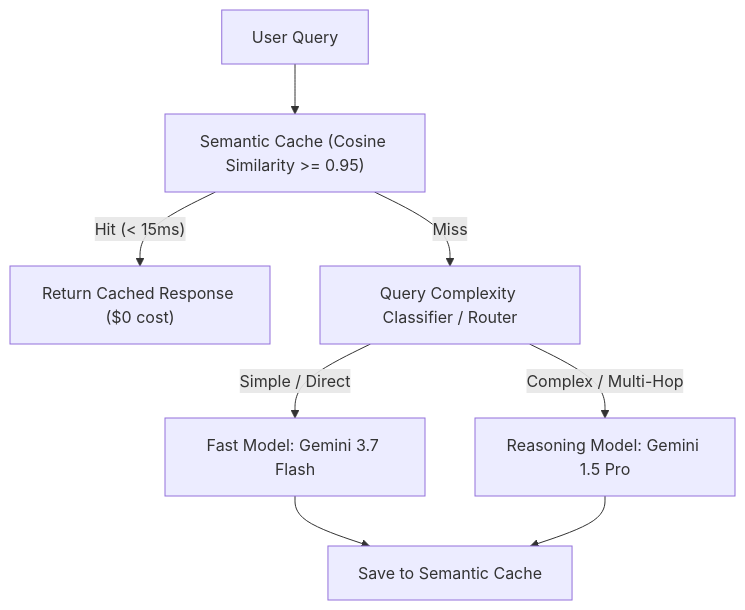
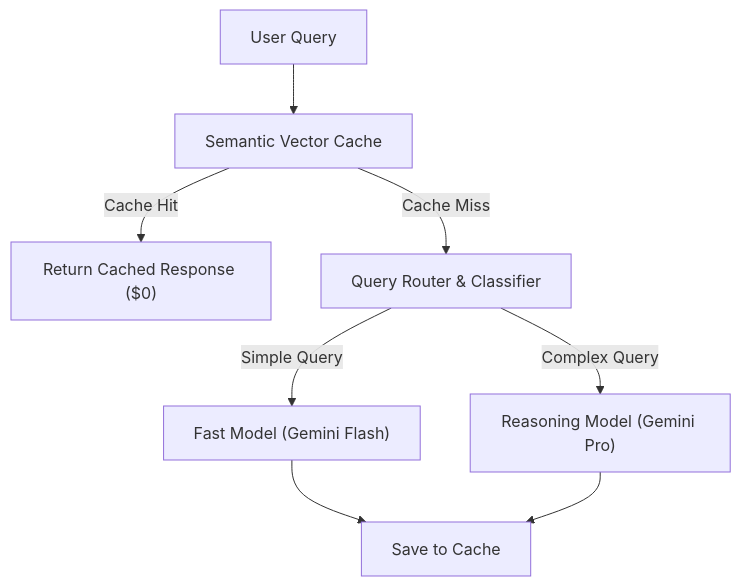
One commit to Souheil007/Rag_Full_Version changed the diagram in plans/plan4.md. Above: the diagram before and after it, drawn with Mermaid. The commit also changed 6 other files, not shown here.

Commit message:
docs: standardize all Mermaid diagrams across docs and plans to clean flowchart format

````diff
--- a/plans/plan4.md
+++ b/plans/plan4.md
@@ -10,10 +10,10 @@
 ```mermaid
 flowchart TD
-    Q["User Query"] --> C["Semantic Cache (Cosine Similarity >= 0.95)"]
-    C -->|"Hit (< 15ms)"| R1["Return Cached Response ($0 cost)"]
-    C -->|"Miss"| QR["Query Complexity Classifier / Router"]
-    QR -->|"Simple / Direct"| M1["Fast Model: Gemini 3.7 Flash"]
-    QR -->|"Complex / Multi-Hop"| M2["Reasoning Model: Gemini 1.5 Pro"]
-    M1 --> Post["Save to Semantic Cache"]
+    Q["User Query"] --> C["Semantic Vector Cache"]
+    C -->|"Cache Hit"| R1["Return Cached Response ($0)"]
+    C -->|"Cache Miss"| QR["Query Router & Classifier"]
+    QR -->|"Simple Query"| M1["Fast Model (Gemini Flash)"]
+    QR -->|"Complex Query"| M2["Reasoning Model (Gemini Pro)"]
+    M1 --> Post["Save to Cache"]
     M2 --> Post
 ```
````
